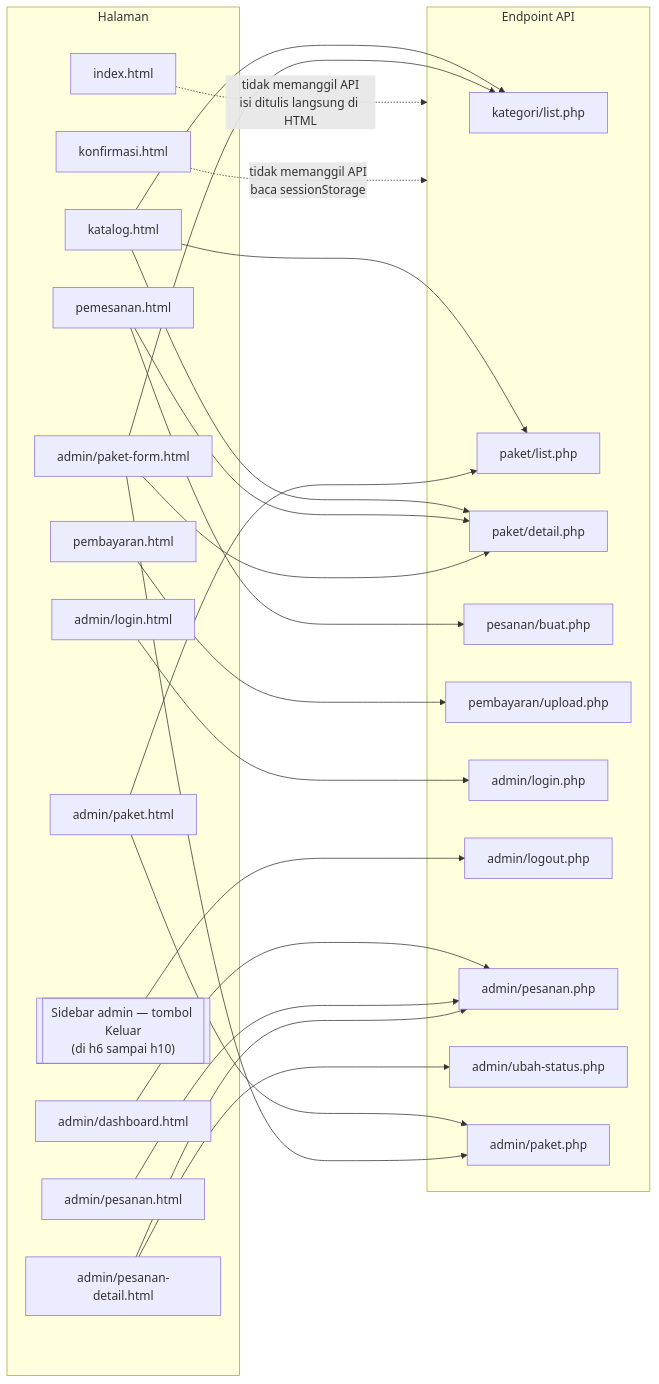
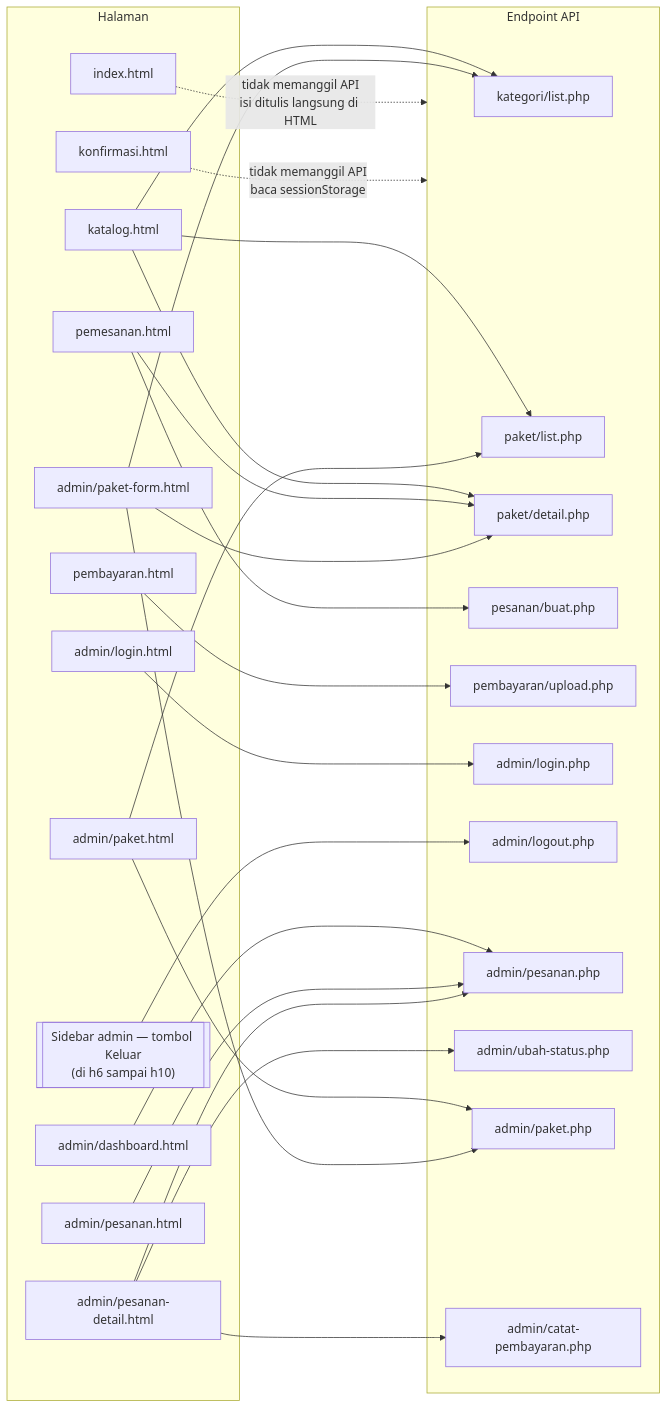
The second of 2 diagrams in SITEMAP.md (gustirizqon123-ops/Website_Jasa_PhotoVideo_SistemOperasi), drawn with Mermaid before and after one commit. The commit also changed other lines of this file and 9 other files, not shown here.

First line of the commit message:
Finalkan ALUR-SISTEM.md, sesuaikan SITEMAP.md dan ERD.md

````diff
--- a/SITEMAP.md
+++ b/SITEMAP.md
@@ -89,50 +91,52 @@
 ```mermaid
 flowchart LR
     subgraph halaman["Halaman"]
         h0["index.html"]
         h1["katalog.html"]
         h2["pemesanan.html"]
         h3["pembayaran.html"]
         h4["konfirmasi.html"]
         h5["admin/login.html"]
         h6["admin/dashboard.html"]
         h7["admin/pesanan.html"]
         h8["admin/pesanan-detail.html"]
         h9["admin/paket.html"]
         h10["admin/paket-form.html"]
         hs[["Sidebar admin — tombol Keluar<br/>(di h6 sampai h10)"]]
     end
 
     subgraph api["Endpoint API"]
         e1["kategori/list.php"]
         e2["paket/list.php"]
         e3["paket/detail.php"]
         e4["pesanan/buat.php"]
         e5["pembayaran/upload.php"]
         e6["admin/login.php"]
         e7["admin/logout.php"]
         e8["admin/pesanan.php"]
         e9["admin/ubah-status.php"]
         e10["admin/paket.php"]
+        e11["admin/catat-pembayaran.php"]
     end
 
     h0 -.->|tidak memanggil API<br/>isi ditulis langsung di HTML| api
     h1 --> e1
     h1 --> e2
     h1 --> e3
     h2 --> e3
     h2 --> e4
     h3 --> e5
     h4 -.->|tidak memanggil API<br/>baca sessionStorage| api
     h5 --> e6
     h6 --> e8
     h7 --> e8
     h8 --> e8
     h8 --> e9
+    h8 --> e11
     h9 --> e2
     h9 --> e10
     h10 --> e1
     h10 --> e3
     h10 --> e10
     hs --> e7
 ```
````
